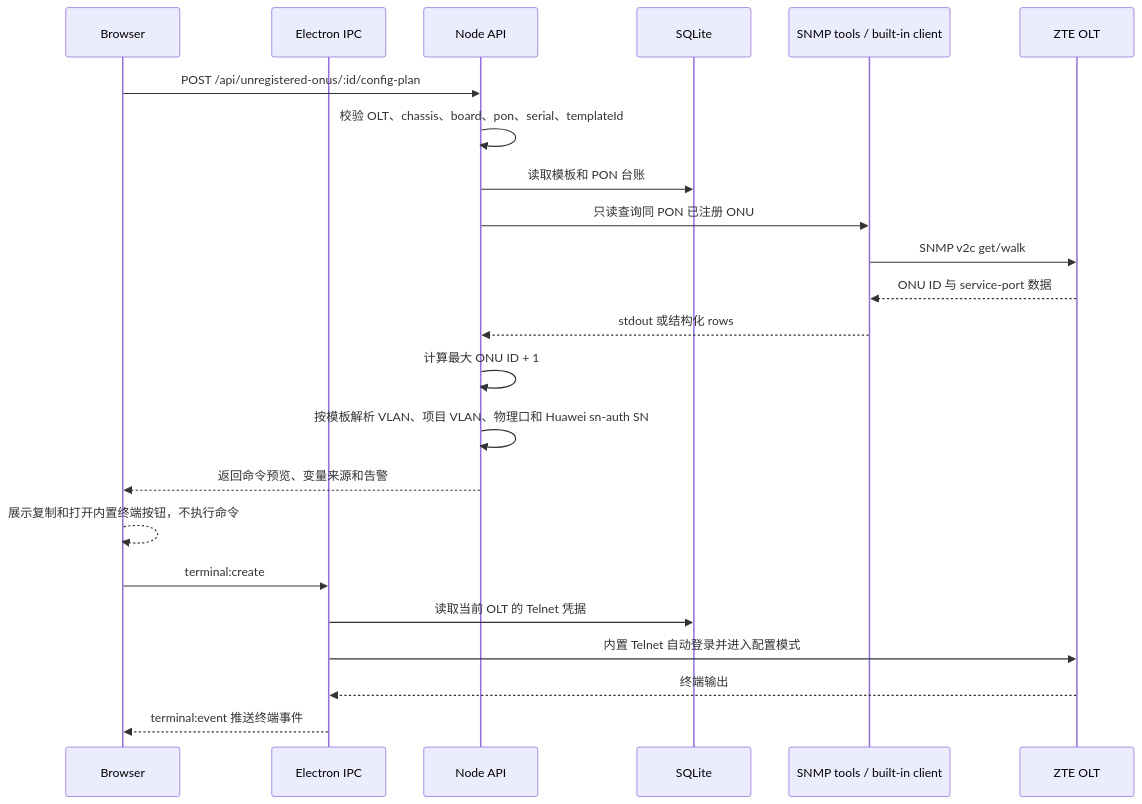
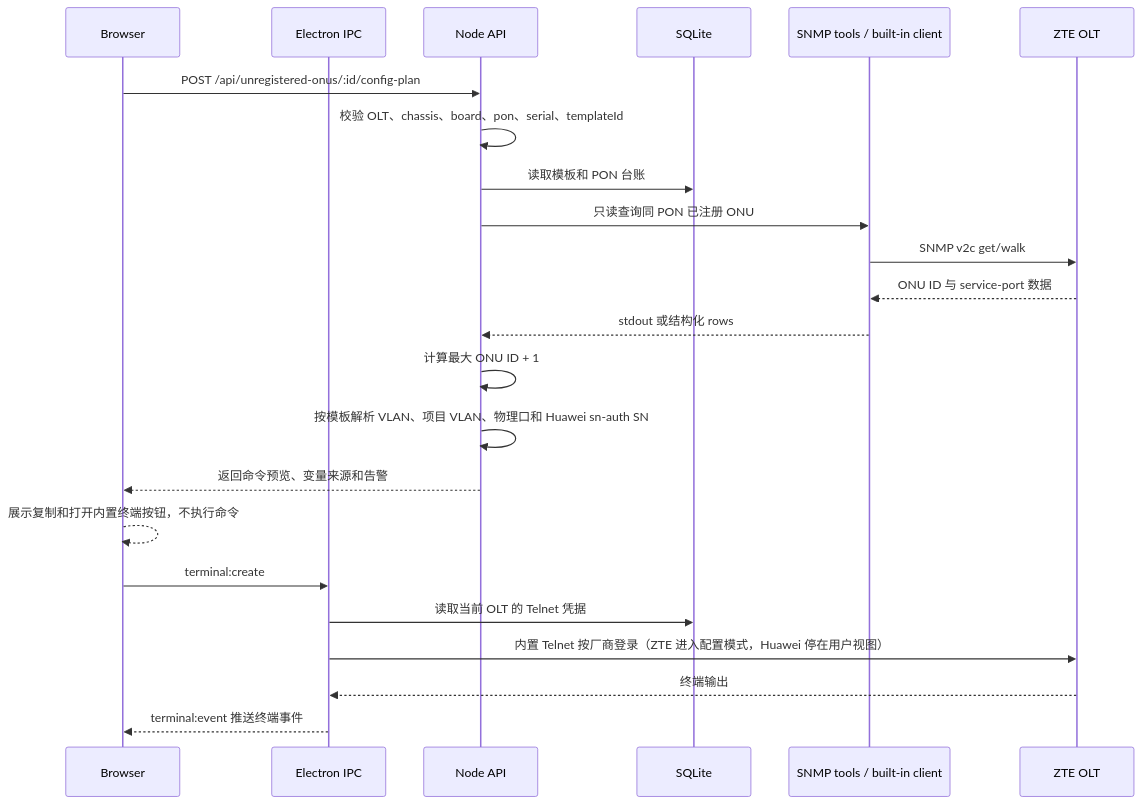
Before and after one commit to landvd/OLT-Manager: the sixth of 14 diagrams in docs/design/sequence.md, drawn with Mermaid. The commit also changed other lines of this file and 28 other files, not shown here.

````diff
--- a/docs/design/sequence.md
+++ b/docs/design/sequence.md
@@ -151,26 +151,26 @@
 ```mermaid
 sequenceDiagram
   participant Browser as Browser
   participant Electron as Electron IPC
   participant API as Node API
   participant DB as SQLite
   participant SNMP as SNMP tools / built-in client
   participant OLT as ZTE OLT
 
   Browser->>API: POST /api/unregistered-onus/:id/config-plan
   API->>API: 校验 OLT、chassis、board、pon、serial、templateId
   API->>DB: 读取模板和 PON 台账
   API->>SNMP: 只读查询同 PON 已注册 ONU
   SNMP->>OLT: SNMP v2c get/walk
   OLT-->>SNMP: ONU ID 与 service-port 数据
   SNMP-->>API: stdout 或结构化 rows
   API->>API: 计算最大 ONU ID + 1
   API->>API: 按模板解析 VLAN、项目 VLAN、物理口和 Huawei sn-auth SN
   API-->>Browser: 返回命令预览、变量来源和告警
   Browser-->>Browser: 展示复制和打开内置终端按钮，不执行命令
   Browser->>Electron: terminal:create
   Electron->>DB: 读取当前 OLT 的 Telnet 凭据
-  Electron->>OLT: 内置 Telnet 自动登录并进入配置模式
+  Electron->>OLT: 内置 Telnet 按厂商登录（ZTE 进入配置模式，Huawei 停在用户视图）
   OLT-->>Electron: 终端输出
   Electron-->>Browser: terminal:event 推送终端事件
 ```
````
